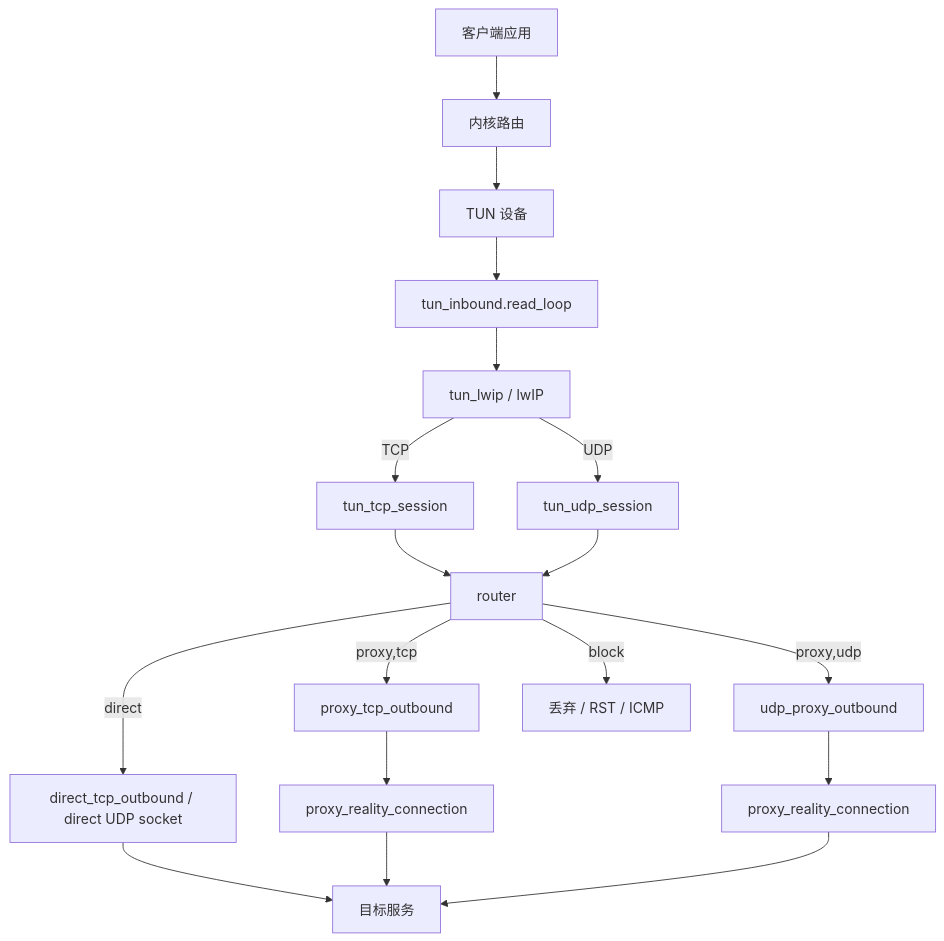
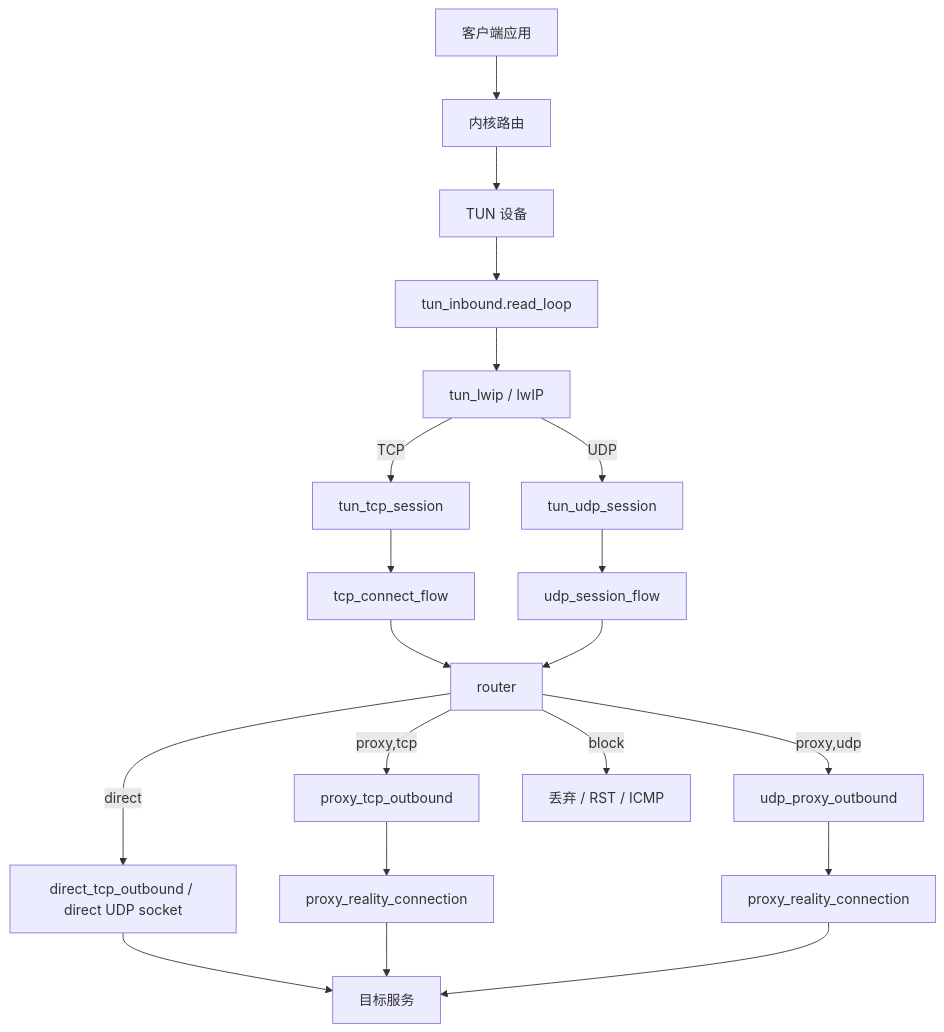
Before and after one commit to gyl30/socks: the fifth of 5 diagrams in doc/flow.md, drawn with Mermaid. The commit also changed other lines of this file and 4 other files, not shown here.

````diff
--- a/doc/flow.md
+++ b/doc/flow.md
@@ -203,24 +231,27 @@
 ```mermaid
 flowchart TD
   App[客户端应用] --> Kernel[内核路由]
   Kernel --> TunDev[TUN 设备]
   TunDev --> TunInbound["tun_inbound.read_loop"]
   TunInbound --> Lwip["tun_lwip / lwIP"]
 
   Lwip -->|TCP| TunTcp[tun_tcp_session]
   Lwip -->|UDP| TunUdp[tun_udp_session]
 
-  TunTcp --> Router[router]
-  TunUdp --> Router
+  TunTcp --> TcpFlow[tcp_connect_flow]
+  TunUdp --> UdpFlow[udp_session_flow]
+
+  TcpFlow --> Router[router]
+  UdpFlow --> Router
 
   Router -->|direct| Direct[direct_tcp_outbound / direct UDP socket]
   Router -->|proxy,tcp| ProxyTcp[proxy_tcp_outbound]
   Router -->|proxy,udp| ProxyUdp[udp_proxy_outbound]
   Router -->|block| Block[丢弃 / RST / ICMP]
 
   Direct --> Target[目标服务]
   ProxyTcp --> ConnTcp[proxy_reality_connection]
   ProxyUdp --> ConnUdp[proxy_reality_connection]
   ConnTcp --> Target
   ConnUdp --> Target
 ```
````
